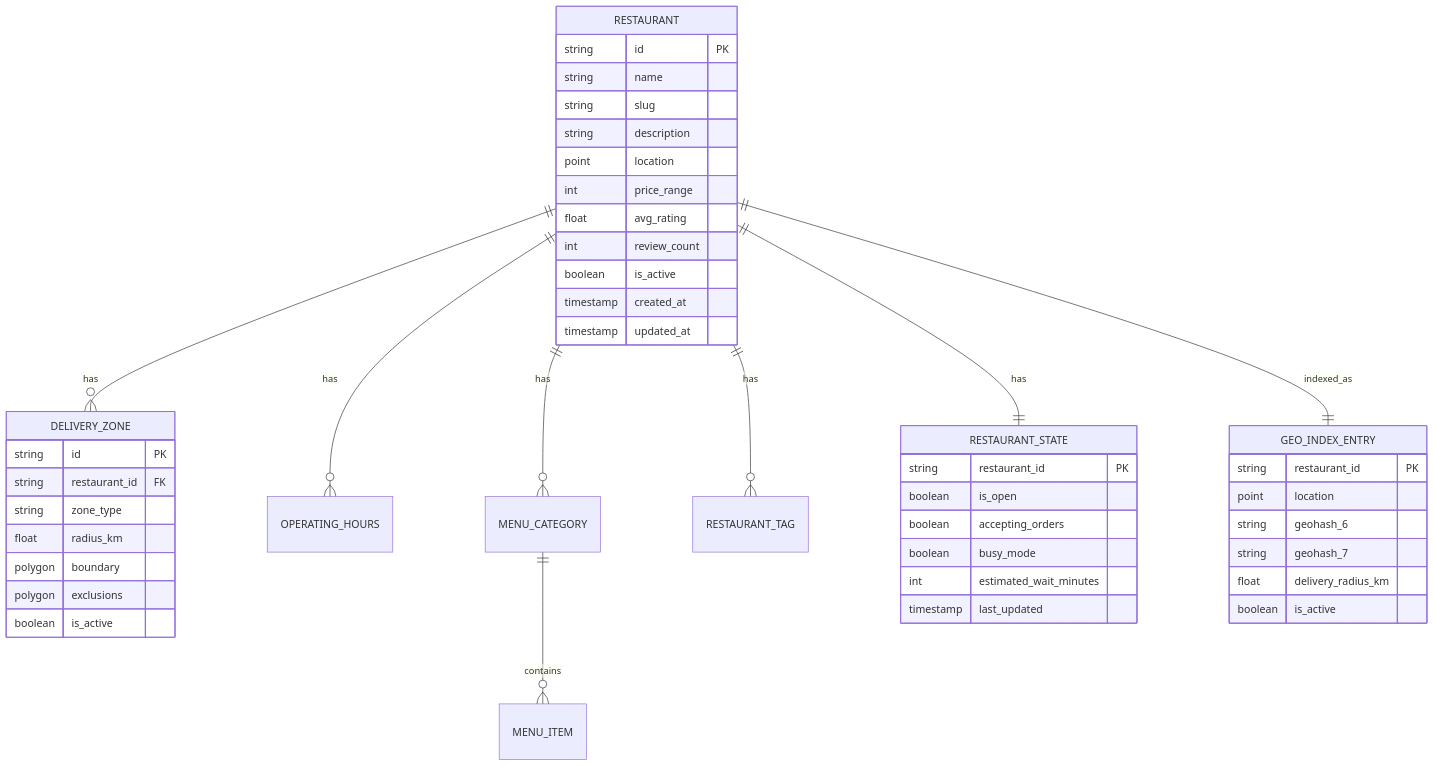
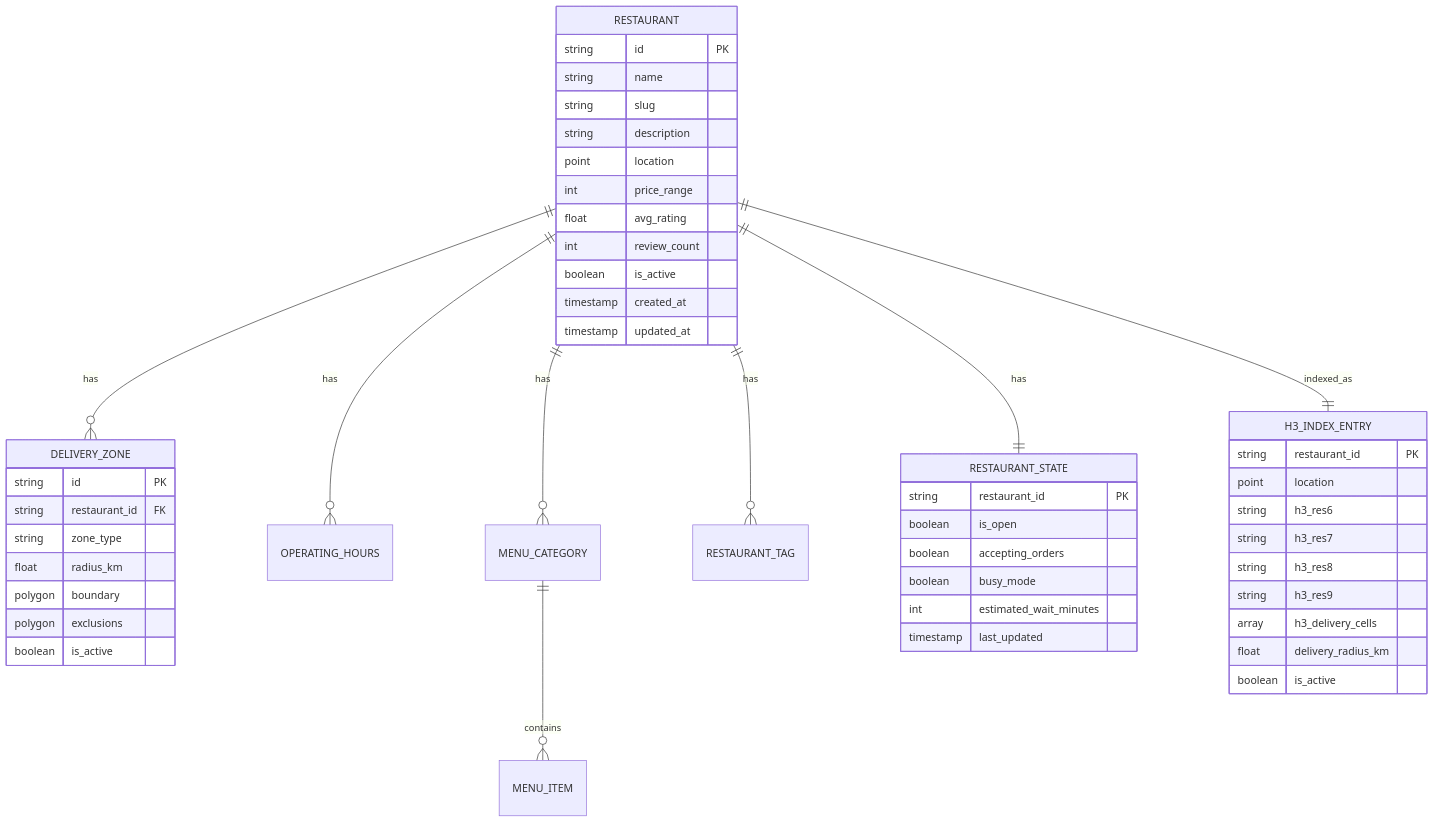
The first of 2 diagrams in uber-eats-feed-design/data-models.md (bindian0509/system-design), drawn with Mermaid before and after one commit. The commit also changed other lines of this file and 4 other files, not shown here.

````diff
--- a/uber-eats-feed-design/data-models.md
+++ b/uber-eats-feed-design/data-models.md
@@ -7,52 +7,56 @@
 ```mermaid
 erDiagram
     RESTAURANT ||--o{ DELIVERY_ZONE : has
     RESTAURANT ||--o{ OPERATING_HOURS : has
     RESTAURANT ||--o{ MENU_CATEGORY : has
     RESTAURANT ||--o{ RESTAURANT_TAG : has
     MENU_CATEGORY ||--o{ MENU_ITEM : contains
     RESTAURANT ||--|| RESTAURANT_STATE : has
-    RESTAURANT ||--|| GEO_INDEX_ENTRY : indexed_as
+    RESTAURANT ||--|| H3_INDEX_ENTRY : indexed_as
 
     RESTAURANT {
         string id PK
         string name
         string slug
         string description
         point location
         int price_range
         float avg_rating
         int review_count
         boolean is_active
         timestamp created_at
         timestamp updated_at
+    }
+
+    H3_INDEX_ENTRY {
+        string restaurant_id PK
+        point location
+        string h3_res6
+        string h3_res7
+        string h3_res8
+        string h3_res9
+        array h3_delivery_cells
+        float delivery_radius_km
+        boolean is_active
     }
 
     DELIVERY_ZONE {
         string id PK
         string restaurant_id FK
         string zone_type
         float radius_km
         polygon boundary
         polygon exclusions
         boolean is_active
     }
 
     RESTAURANT_STATE {
         string restaurant_id PK
         boolean is_open
         boolean accepting_orders
         boolean busy_mode
         int estimated_wait_minutes
         timestamp last_updated
     }
 
-    GEO_INDEX_ENTRY {
-        string restaurant_id PK
-        point location
-        string geohash_6
-        string geohash_7
-        float delivery_radius_km
-        boolean is_active
-    }
 ```
````
